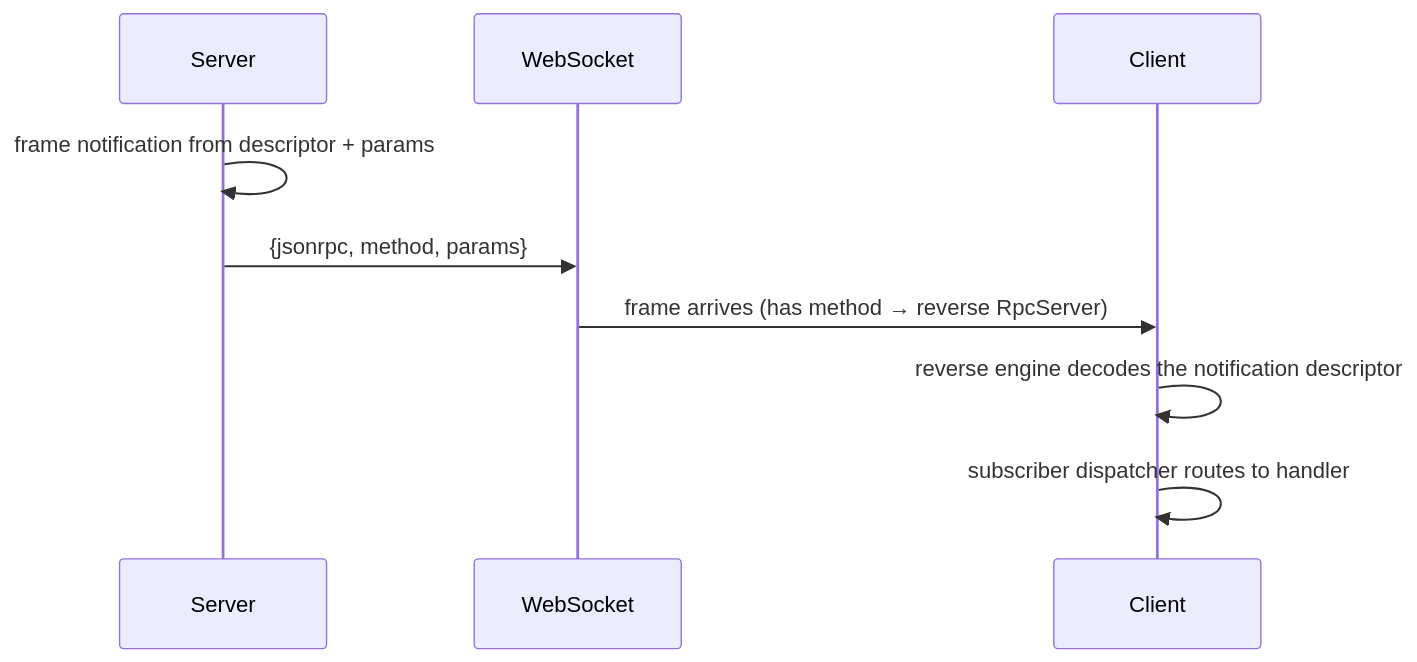
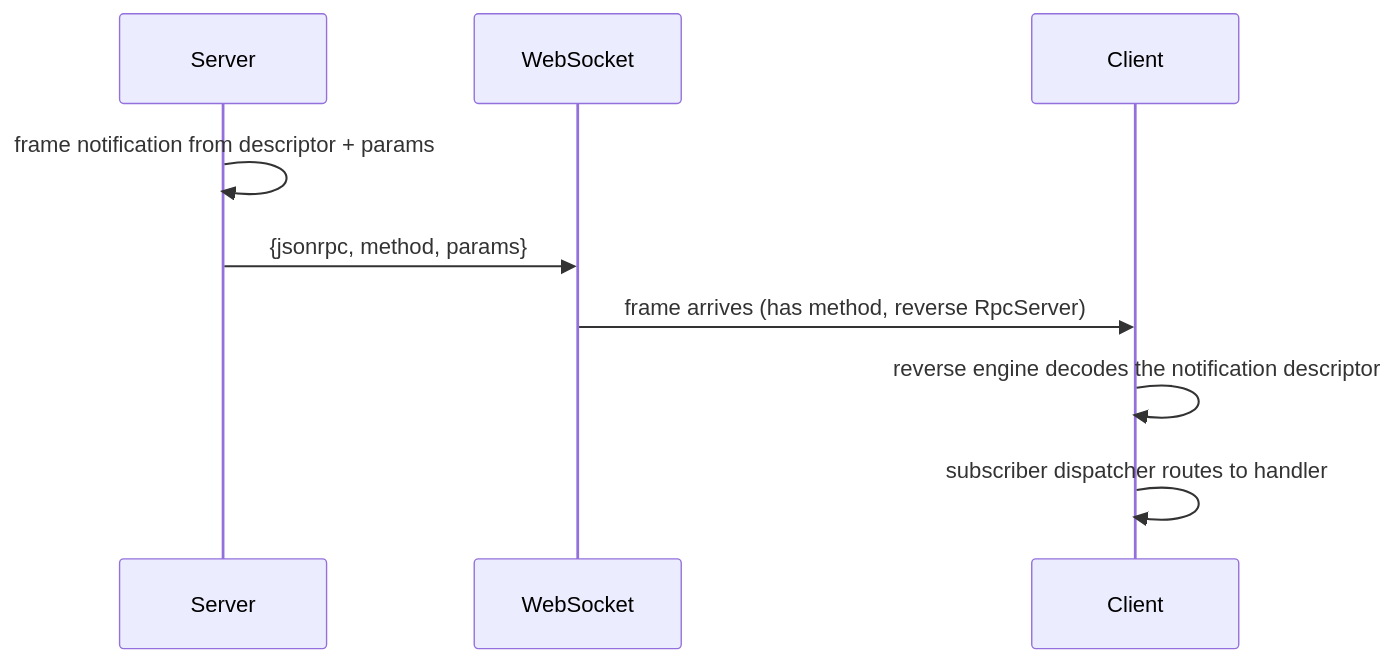
Before and after one commit to chughtapan/moltzap: the second of 2 diagrams in docs/modules/protocol/transport.mdx, drawn with Mermaid. The commit also changed other lines of this file and 104 other files, not shown here.

````diff
--- a/docs/modules/protocol/transport.mdx
+++ b/docs/modules/protocol/transport.mdx
@@ -529,11 +529,11 @@
 ```mermaid
 sequenceDiagram
   participant Server
   participant Wire as WebSocket
   participant Client
   Server->>Server: frame notification from descriptor + params
   Server->>Wire: {jsonrpc, method, params}
-  Wire->>Client: frame arrives (has method → reverse RpcServer)
+  Wire->>Client: frame arrives (has method, reverse RpcServer)
   Client->>Client: reverse engine decodes the notification descriptor
   Client->>Client: subscriber dispatcher routes to handler
 ```
````
